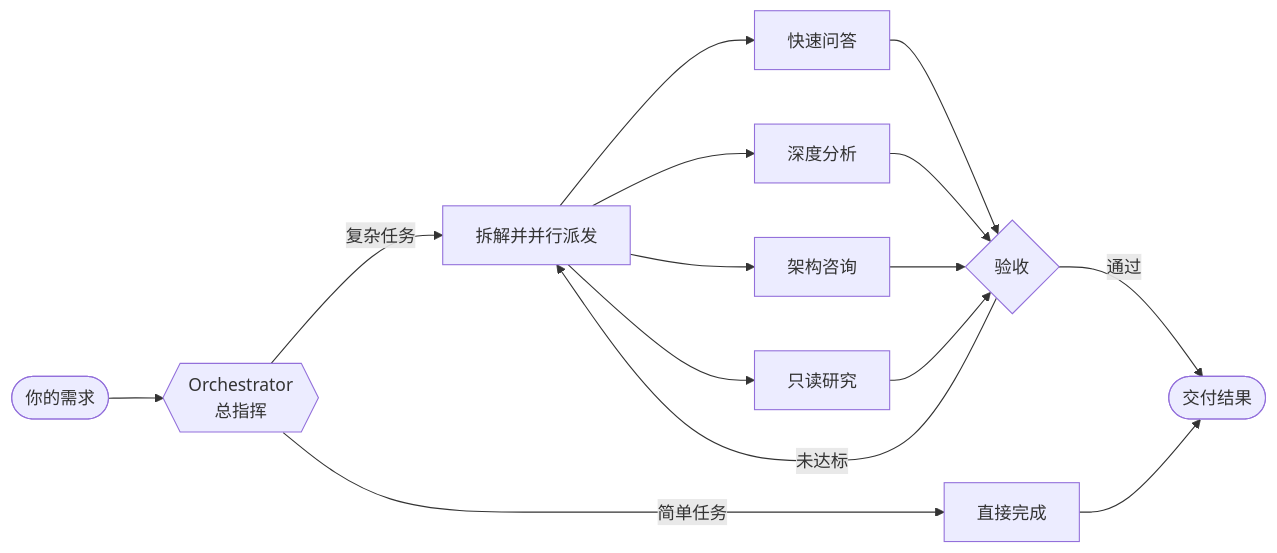
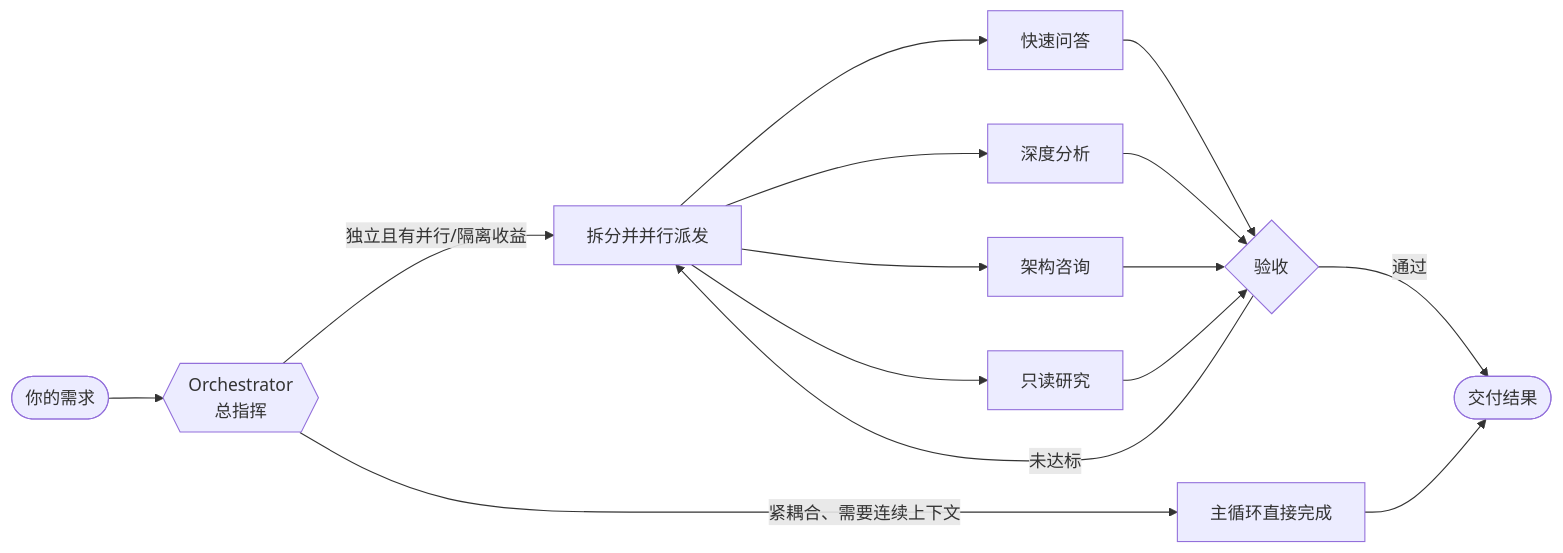
Before and after one commit to WeirLabs/weir: the diagram in README.md, drawn with Mermaid. The commit also changed other lines of this file and 1 other file, not shown here.

````diff
--- a/README.md
+++ b/README.md
@@ -23,14 +23,14 @@
 ```mermaid
 flowchart LR
     U([你的需求]) --> O{{Orchestrator<br/>总指挥}}
-    O -->|简单任务| D[直接完成]
-    O -->|复杂任务| S[拆解并并行派发]
+    O -->|紧耦合、需要连续上下文| D[主循环直接完成]
+    O -->|独立且有并行/隔离收益| S[拆分并并行派发]
     S --> A1[快速问答]
     S --> A2[深度分析]
     S --> A3[架构咨询]
     S --> A4[只读研究]
     A1 & A2 & A3 & A4 --> V{验收}
     V -->|未达标| S
     V -->|通过| R([交付结果])
     D --> R
 ```
````
